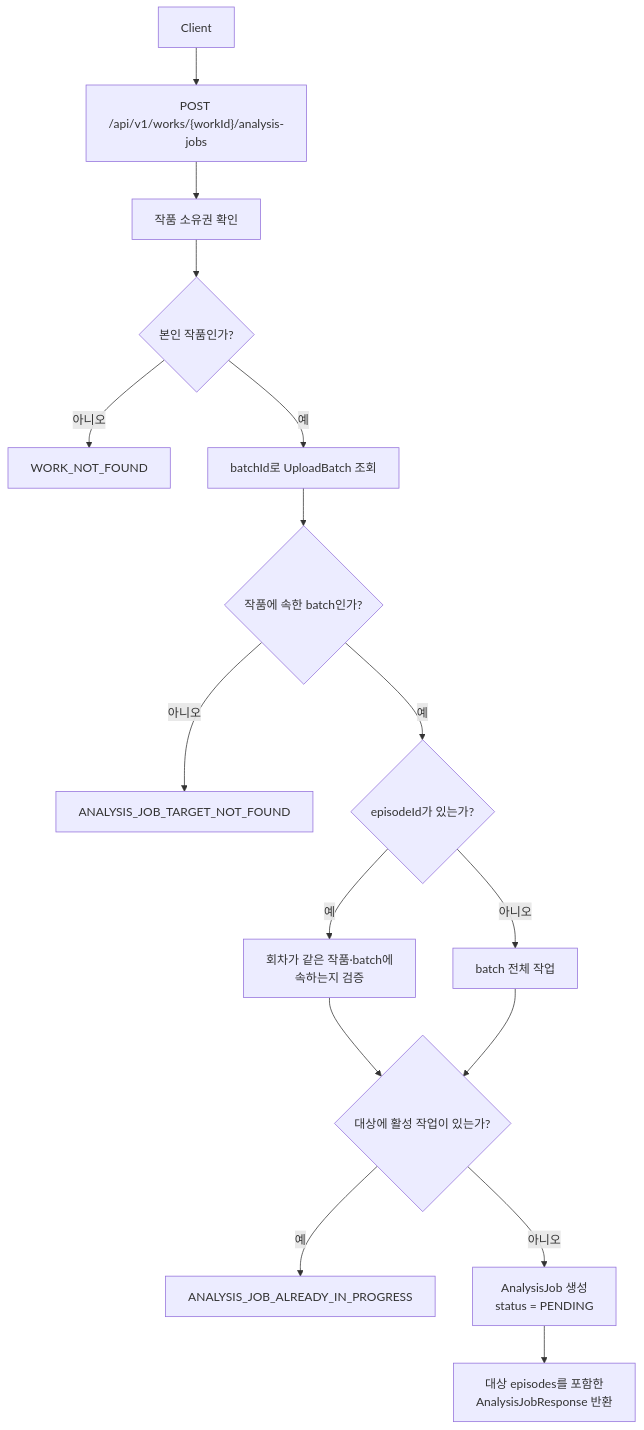
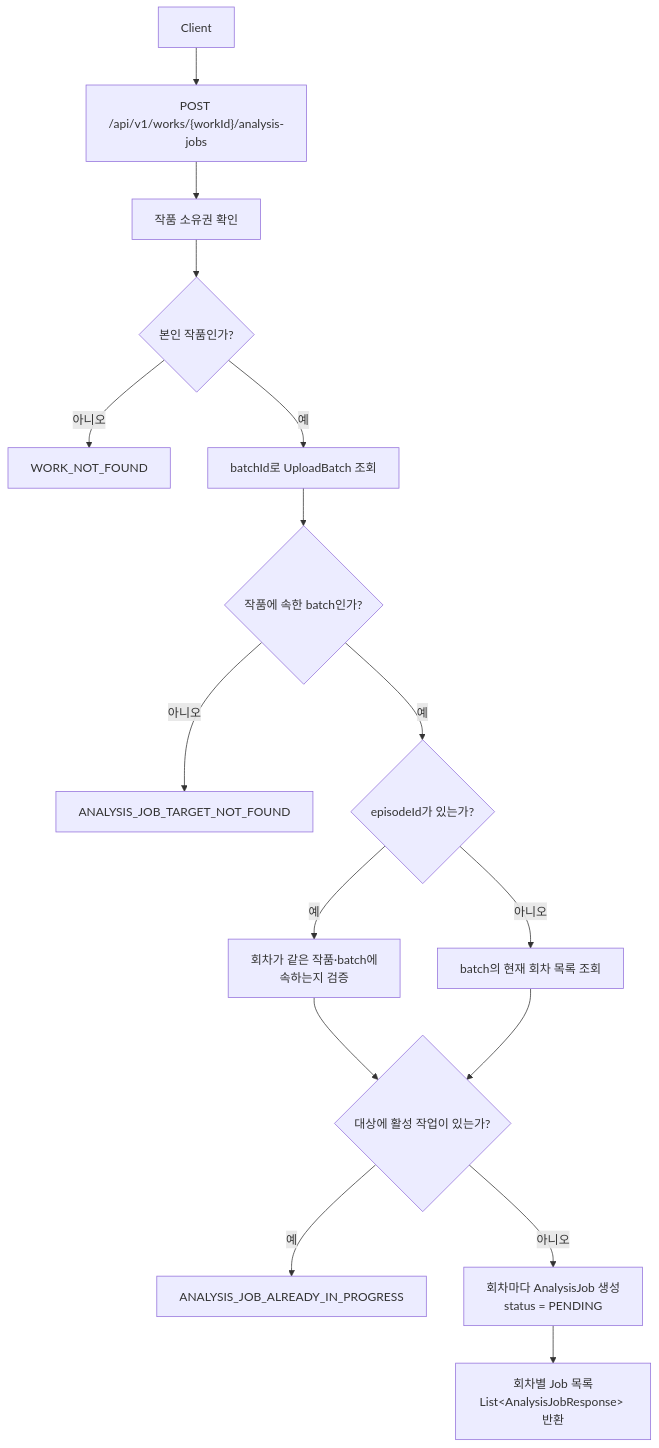
The first of 10 diagrams in docs/analysis-workflow.md (catchhole-soma/catchhole-backend-java), drawn with Mermaid before and after one commit. The commit also changed other lines of this file and 4 other files, not shown here.

````diff
--- a/docs/analysis-workflow.md
+++ b/docs/analysis-workflow.md
@@ -9,18 +9,18 @@
 ```mermaid
 flowchart TD
     A["Client"] --> B["POST /api/v1/works/{workId}/analysis-jobs"]
     B --> C["작품 소유권 확인"]
     C --> D{"본인 작품인가?"}
     D -- "아니오" --> E["WORK_NOT_FOUND"]
     D -- "예" --> F["batchId로 UploadBatch 조회"]
     F --> G{"작품에 속한 batch인가?"}
     G -- "아니오" --> H["ANALYSIS_JOB_TARGET_NOT_FOUND"]
     G -- "예" --> I{"episodeId가 있는가?"}
     I -- "예" --> J["회차가 같은 작품·batch에<br/>속하는지 검증"]
-    I -- "아니오" --> K["batch 전체 작업"]
+    I -- "아니오" --> K["batch의 현재 회차 목록 조회"]
     J --> L{"대상에 활성 작업이 있는가?"}
     K --> L
     L -- "예" --> M["ANALYSIS_JOB_ALREADY_IN_PROGRESS"]
-    L -- "아니오" --> N["AnalysisJob 생성<br/>status = PENDING"]
-    N --> O["대상 episodes를 포함한<br/>AnalysisJobResponse 반환"]
+    L -- "아니오" --> N["회차마다 AnalysisJob 생성<br/>status = PENDING"]
+    N --> O["회차별 Job 목록<br/>List&lt;AnalysisJobResponse&gt; 반환"]
 ```
````
